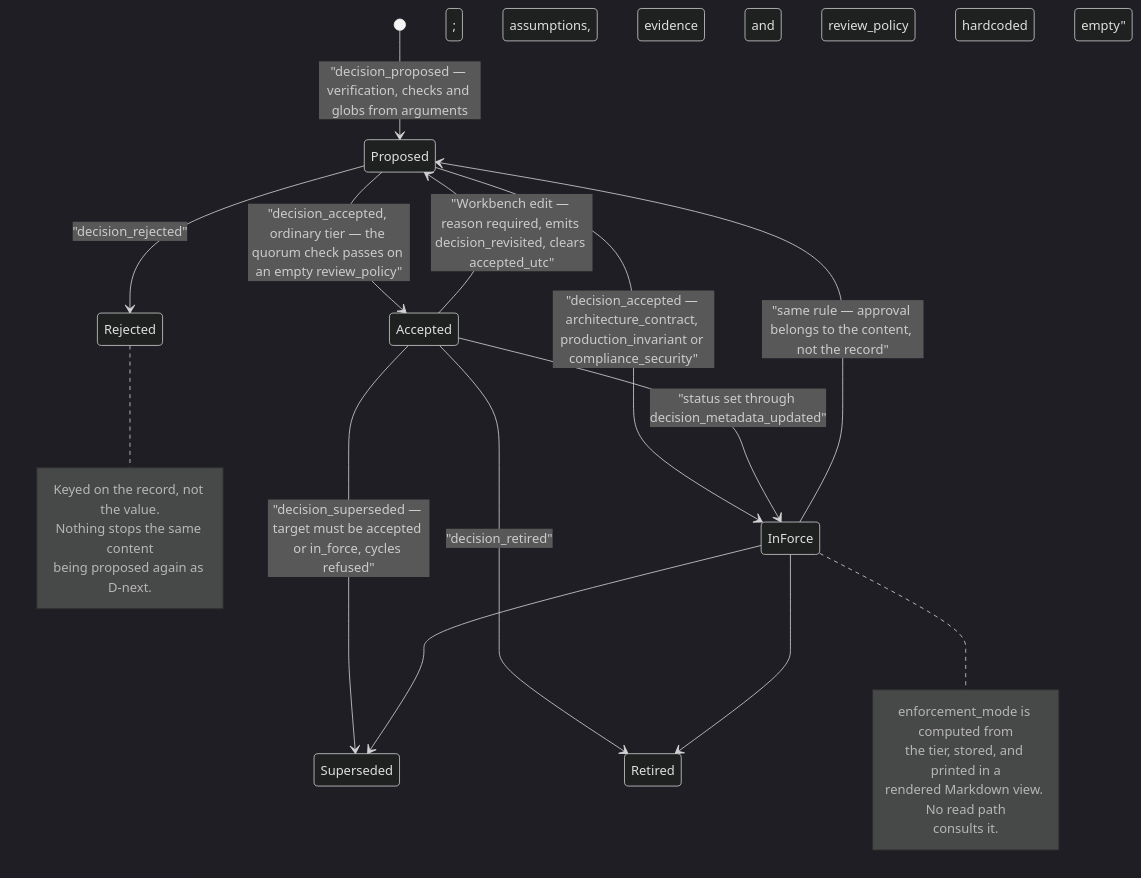
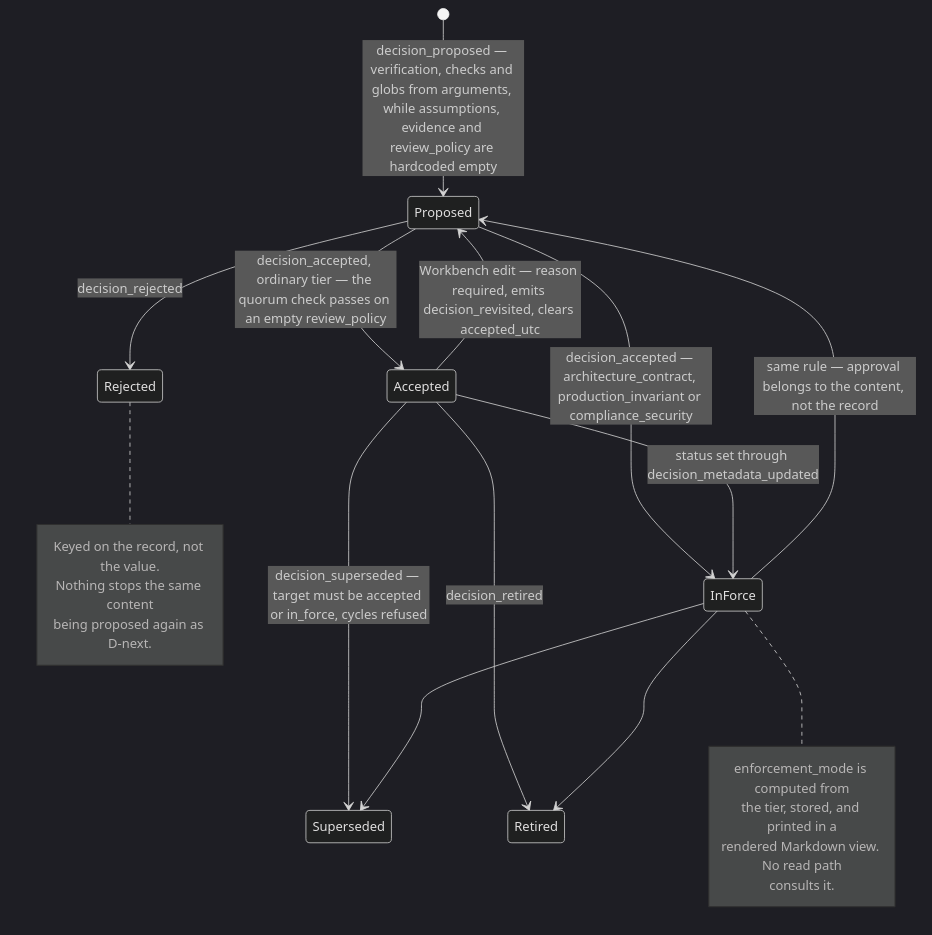
The diagram in content/systems/agent-mesh.md (neoneye/agent-memory-atlas), drawn with Mermaid (dark theme) before and after one commit. The commit also changed 12 other files, not shown here.

First line of the commit message:
no_human diagram regrouped under a composite Active state; six state diagrams lose a ';' that had spawned phantom states

````diff
--- a/content/systems/agent-mesh.md
+++ b/content/systems/agent-mesh.md
@@ -155,28 +155,28 @@
 ```mermaid
 %% caption: the decision lifecycle, with rejection keyed on the record rather than the value, a quorum check that passes on a hardcoded empty review policy, and an enforcement mode no read path consults
 stateDiagram-v2
-    [*] --> Proposed: "decision_proposed — verification, checks and globs from arguments; assumptions, evidence and review_policy hardcoded empty"
-    Proposed --> Accepted: "decision_accepted, ordinary tier — the quorum check passes on an empty review_policy"
-    Proposed --> InForce: "decision_accepted — architecture_contract, production_invariant or compliance_security"
-    Proposed --> Rejected: "decision_rejected"
-    Accepted --> InForce: "status set through decision_metadata_updated"
-    Accepted --> Proposed: "Workbench edit — reason required, emits decision_revisited, clears accepted_utc"
-    InForce --> Proposed: "same rule — approval belongs to the content, not the record"
-    Accepted --> Superseded: "decision_superseded — target must be accepted or in_force, cycles refused"
+    [*] --> Proposed: decision_proposed — verification, checks and globs from arguments, while assumptions, evidence and review_policy are hardcoded empty
+    Proposed --> Accepted: decision_accepted, ordinary tier — the quorum check passes on an empty review_policy
+    Proposed --> InForce: decision_accepted — architecture_contract, production_invariant or compliance_security
+    Proposed --> Rejected: decision_rejected
+    Accepted --> InForce: status set through decision_metadata_updated
+    Accepted --> Proposed: Workbench edit — reason required, emits decision_revisited, clears accepted_utc
+    InForce --> Proposed: same rule — approval belongs to the content, not the record
+    Accepted --> Superseded: decision_superseded — target must be accepted or in_force, cycles refused
     InForce --> Superseded
-    Accepted --> Retired: "decision_retired"
+    Accepted --> Retired: decision_retired
     InForce --> Retired
 
     note right of Rejected
         Keyed on the record, not the value.
         Nothing stops the same content
         being proposed again as D-next.
     end note
 
     note right of InForce
         enforcement_mode is computed from
         the tier, stored, and printed in a
         rendered Markdown view. No read path
         consults it.
     end note
 ```
````
